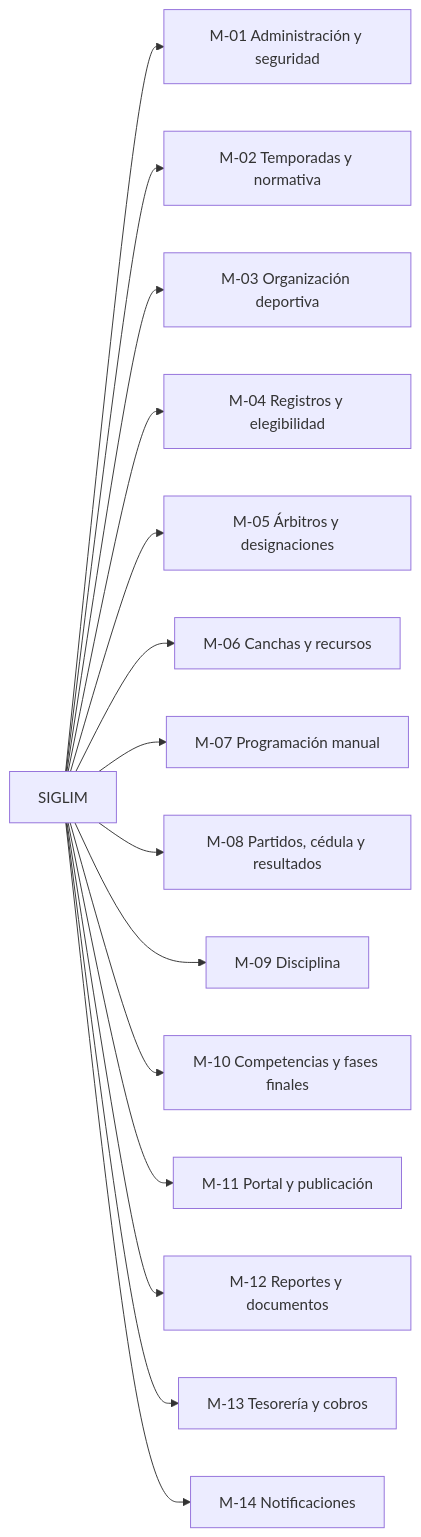
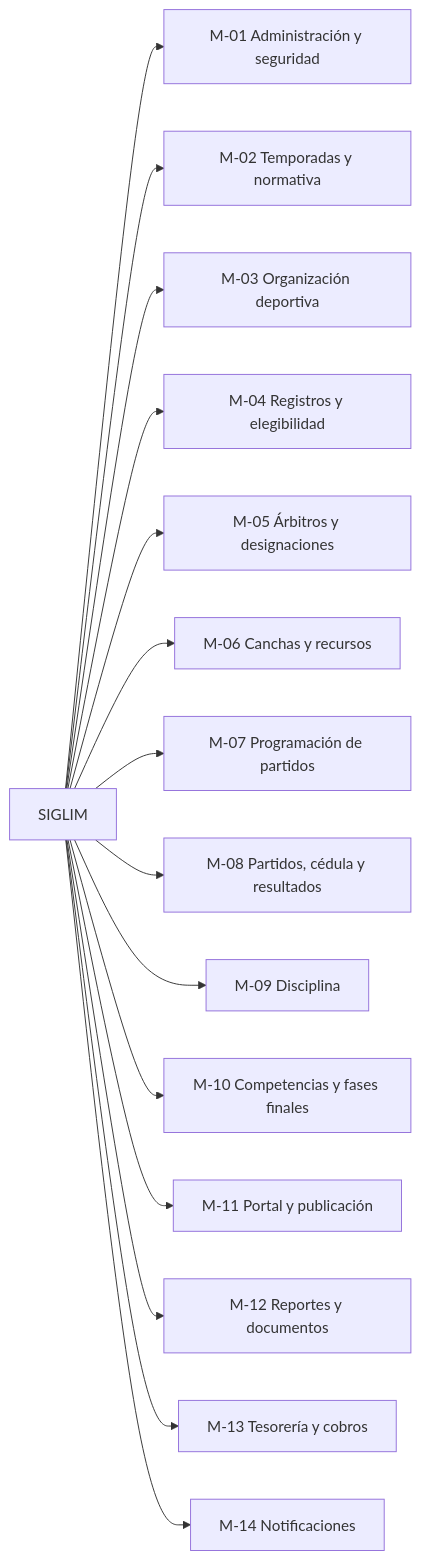
Before and after one commit to SIGLIM-org/SIGLIM: the second of 21 diagrams in docs/requisitos/ERS.md, drawn with Mermaid. The commit also changed other lines of this file and 6 other files, not shown here.

````diff
--- a/docs/requisitos/ERS.md
+++ b/docs/requisitos/ERS.md
@@ -238,18 +245,18 @@
 ```mermaid
 flowchart LR
     S[SIGLIM]
     S --> M01[M-01 Administración y seguridad]
     S --> M02[M-02 Temporadas y normativa]
     S --> M03[M-03 Organización deportiva]
     S --> M04[M-04 Registros y elegibilidad]
     S --> M05[M-05 Árbitros y designaciones]
     S --> M06[M-06 Canchas y recursos]
-    S --> M07[M-07 Programación manual]
+    S --> M07[M-07 Programación de partidos]
     S --> M08[M-08 Partidos, cédula y resultados]
     S --> M09[M-09 Disciplina]
     S --> M10[M-10 Competencias y fases finales]
     S --> M11[M-11 Portal y publicación]
     S --> M12[M-12 Reportes y documentos]
     S --> M13[M-13 Tesorería y cobros]
     S --> M14[M-14 Notificaciones]
 ```
````
